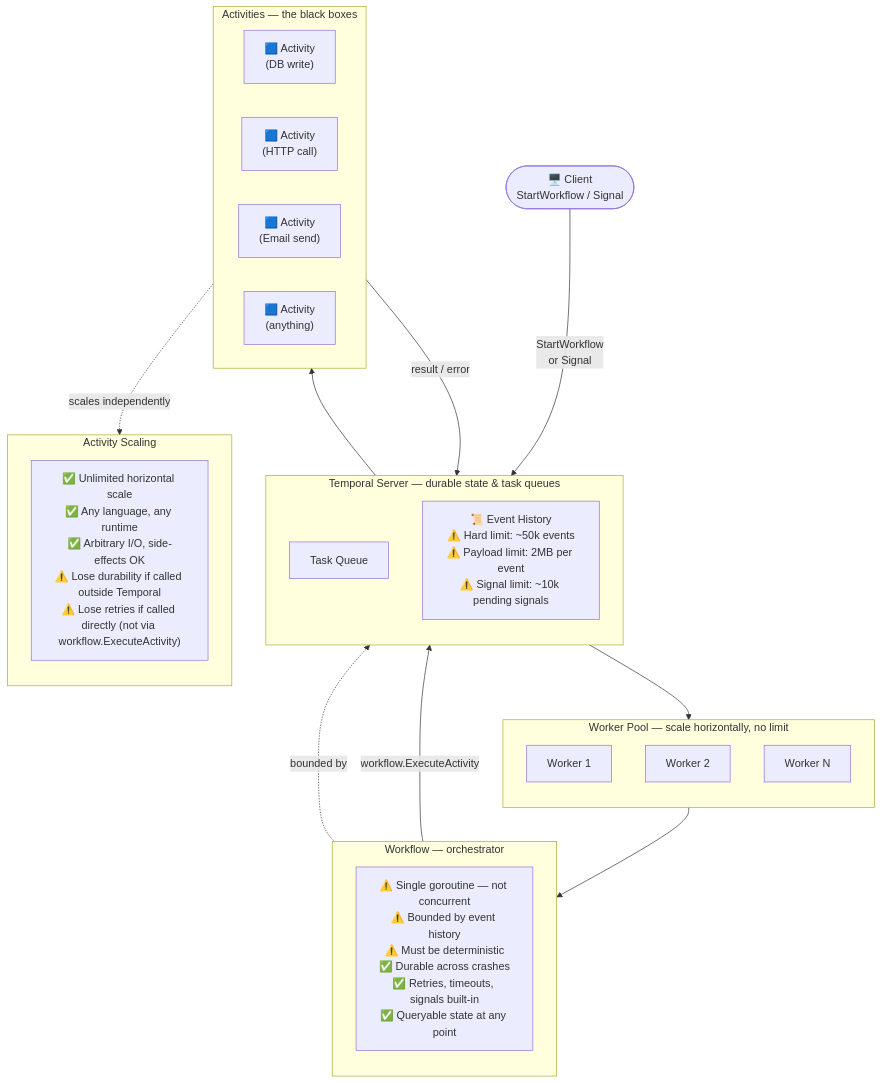
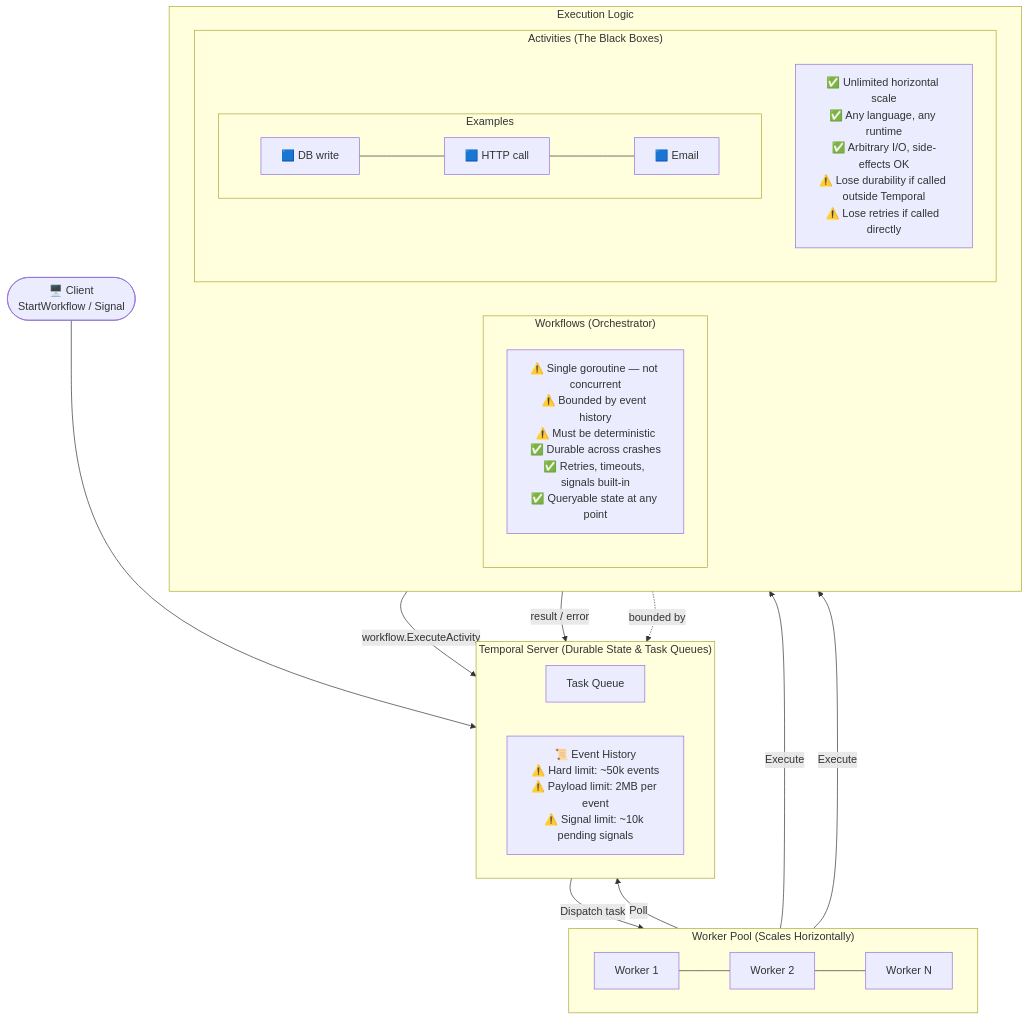
The fourth of 4 diagrams in internal/temporal/temporal-orchestration.md (romangurevitch/GoTraining), drawn with Mermaid before and after one commit.

Commit message:
docs: fix diagram arrows in scaling section
- Split bidirectional WP<-->Logic into two directed arrows (Workers
  execute Workflows and Activities separately, not a single Logic block)
- Split bidirectional TS<-->WP into Poll and Dispatch arrows to
  accurately reflect the worker polling model

````diff
--- a/internal/temporal/temporal-orchestration.md
+++ b/internal/temporal/temporal-orchestration.md
@@ -89,44 +89,38 @@
 ```mermaid
-graph TB
-    Client(["🖥️ Client\nStartWorkflow / Signal"])
+flowchart TD
+    Client(["🖥️ Client<br/>StartWorkflow / Signal"]) --> TS
 
-    subgraph TS["Temporal Server  —  durable state & task queues"]
-        direction TB
+    subgraph TS["Temporal Server (Durable State & Task Queues)"]
+        direction LR
         TQ["Task Queue"]
-        EH["📜 Event History\n⚠️ Hard limit: ~50k events\n⚠️ Payload limit: 2MB per event\n⚠️ Signal limit: ~10k pending signals"]
+        EH["📜 Event History<br/>⚠️ Hard limit: ~50k events<br/>⚠️ Payload limit: 2MB per event<br/>⚠️ Signal limit: ~10k pending signals"]
     end
 
-    subgraph WP["Worker Pool  —  scale horizontally, no limit"]
-        direction TB
-        W1["Worker 1"]
-        W2["Worker 2"]
-        W3["Worker N"]
+    subgraph WP["Worker Pool (Scales Horizontally)"]
+        direction LR
+        W1["Worker 1"] --- W2["Worker 2"] --- W3["Worker N"]
     end
 
-    subgraph WF["Workflow  —  orchestrator"]
-        direction TB
-        WFN["⚠️ Single goroutine — not concurrent\n⚠️ Bounded by event history\n⚠️ Must be deterministic\n✅ Durable across crashes\n✅ Retries, timeouts, signals built-in\n✅ Queryable state at any point"]
+    subgraph Logic["Execution Logic"]
+        direction LR
+        subgraph WF["Workflows (Orchestrator)"]
+            WFN["⚠️ Single goroutine — not concurrent<br/>⚠️ Bounded by event history<br/>⚠️ Must be deterministic<br/>✅ Durable across crashes<br/>✅ Retries, timeouts, signals built-in<br/>✅ Queryable state at any point"]
+        end
+        subgraph ACT["Activities (The Black Boxes)"]
+            direction TB
+            AS1["✅ Unlimited horizontal scale<br/>✅ Any language, any runtime<br/>✅ Arbitrary I/O, side-effects OK<br/>⚠️ Lose durability if called outside Temporal<br/>⚠️ Lose retries if called directly"]
+            subgraph EX["Examples"]
+                direction LR
+                A1["🟦 DB write"] --- A2["🟦 HTTP call"] --- A3["🟦 Email"]
+            end
+        end
     end
 
-    subgraph ACT["Activities  —  the black boxes"]
-        direction LR
-        A1["🟦 Activity\n(DB write)"]
-        A2["🟦 Activity\n(HTTP call)"]
-        A3["🟦 Activity\n(Email send)"]
-        AN["🟦 Activity\n(anything)"]
-    end
-
-    subgraph ASCALE["Activity Scaling"]
-        direction TB
-        AS1["✅ Unlimited horizontal scale\n✅ Any language, any runtime\n✅ Arbitrary I/O, side-effects OK\n⚠️ Lose durability if called outside Temporal\n⚠️ Lose retries if called directly (not via workflow.ExecuteActivity)"]
-    end
-
-    Client -->|"StartWorkflow\nor Signal"| TS
-    TQ --> WP
-    WP --> WF
-    WF -->|"workflow.ExecuteActivity"| TQ
-    TQ --> ACT
-    ACT -->|"result / error"| EH
+    TS --"Dispatch task"--> WP
+    WP --"Poll"--> TS
+    WP --"Execute"--> WF
+    WP --"Execute"--> ACT
+    WF --"workflow.ExecuteActivity"--> TQ
+    ACT --"result / error"--> EH
     WF -.->|"bounded by"| EH
-    ACT -.->|"scales independently"| ASCALE
 ```
````
